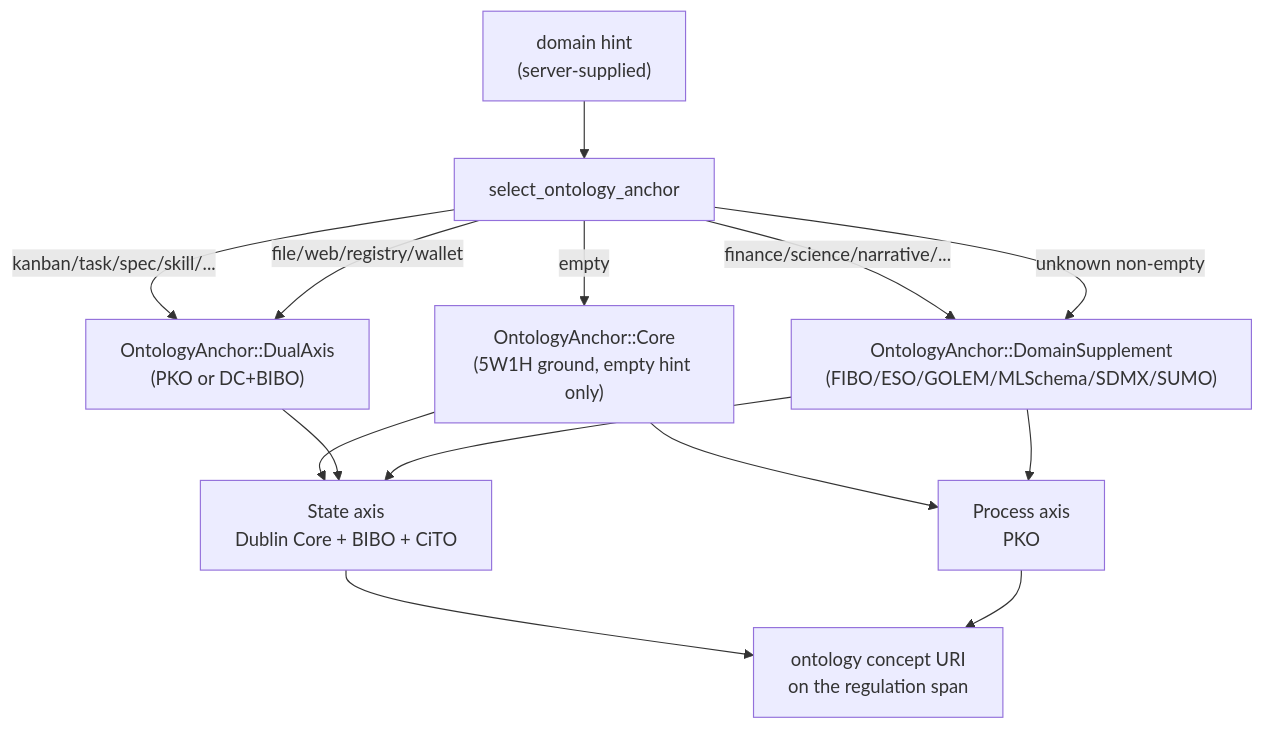
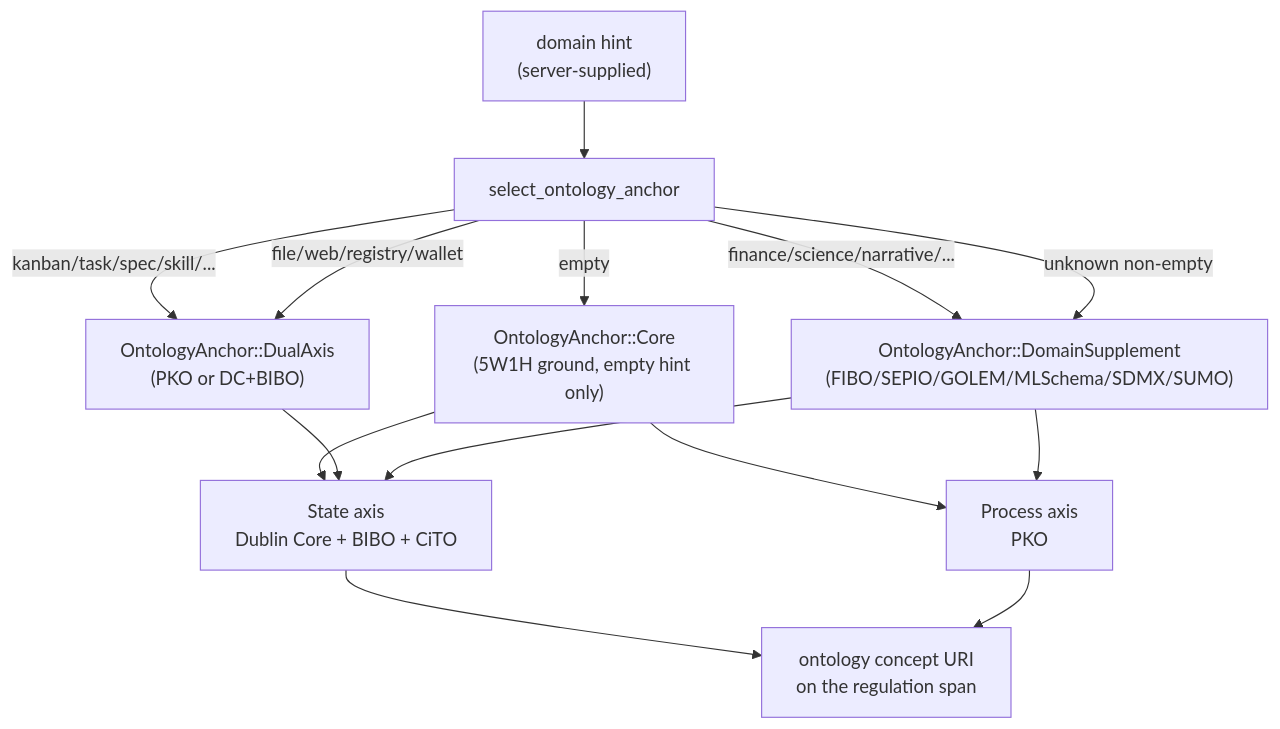
One commit to mdz-axo/zed-kask changed the diagram in kask/docs/diataxis/hkask-bridge-ontology/how-to.md. Above: the diagram before and after it, drawn with Mermaid. The commit also changed other lines of this file and 42 other files, not shown here.

````diff
--- a/kask/docs/diataxis/hkask-bridge-ontology/how-to.md
+++ b/kask/docs/diataxis/hkask-bridge-ontology/how-to.md
@@ -29,25 +29,25 @@
 ```mermaid
 graph TD
     Hint["domain hint<br/>(server-supplied)"]
     Sel["select_ontology_anchor"]
     Core["OntologyAnchor::Core<br/>(5W1H ground, empty hint only)"]
     Dual["OntologyAnchor::DualAxis<br/>(PKO or DC+BIBO)"]
-    Supp["OntologyAnchor::DomainSupplement<br/>(FIBO/ESO/GOLEM/MLSchema/SDMX/SUMO)"]
+    Supp["OntologyAnchor::DomainSupplement<br/>(FIBO/SEPIO/GOLEM/MLSchema/SDMX/SUMO)"]
     State["State axis<br/>Dublin Core + BIBO + CiTO"]
     Proc["Process axis<br/>PKO"]
     Tag["ontology concept URI<br/>on the regulation span"]
 
     Hint --> Sel
     Sel -->|"empty"| Core
     Sel -->|"kanban/task/spec/skill/..."| Dual
     Sel -->|"file/web/registry/wallet"| Dual
     Sel -->|"finance/science/narrative/..."| Supp
     Sel -->|"unknown non-empty"| Supp
     Core --> State
     Core --> Proc
     Dual --> State
     Supp --> State
     Supp --> Proc
     State --> Tag
     Proc --> Tag
 ```
````
